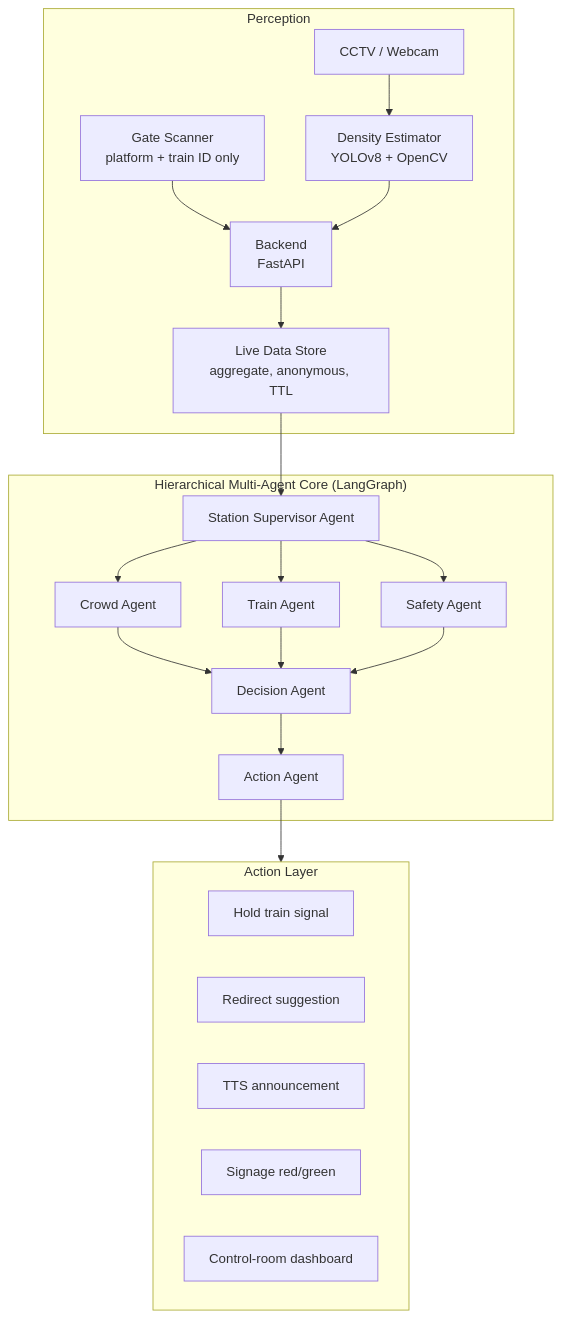
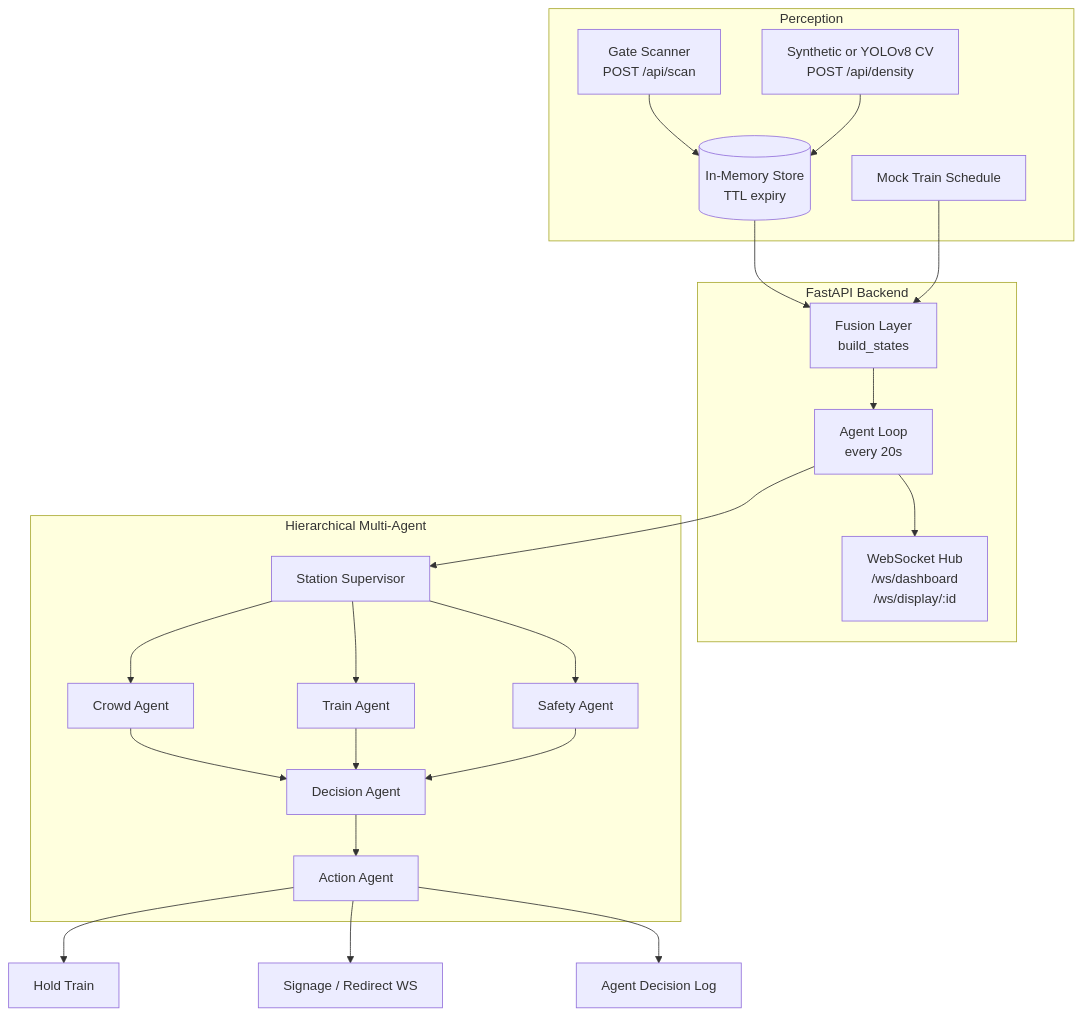
One commit to HarshdeepAthawale/Autonomous-Platform-Crowd-Balancing-Agent changed the diagram in readme.md. Above: the diagram before and after it, drawn with Mermaid. The commit also changed other lines of this file and 2 other files, not shown here.

Commit message:
docs: add implementation architecture diagram to readme
Replace the conceptual mermaid diagram with an implementation-focused
flowchart (API routes, build_states, agent loop, WebSocket channels) and
align Tracker and Phase 3 docs with current test counts.

````diff
--- a/readme.md
+++ b/readme.md
@@ -62,27 +62,37 @@
 ```mermaid
-flowchart TD
+flowchart TB
     subgraph Perception
-        GS["Gate Scanner<br/>platform + train ID only"] --> BE["Backend<br/>FastAPI"]
-        CAM["CCTV / Webcam"] --> CV["Density Estimator<br/>YOLOv8 + OpenCV"]
-        CV --> BE
-        BE --> LDS["Live Data Store<br/>aggregate, anonymous, TTL"]
+        SCAN[Gate Scanner<br/>POST /api/scan]
+        CV[Synthetic or YOLOv8 CV<br/>POST /api/density]
+        SCAN --> STORE[(In-Memory Store<br/>TTL expiry)]
+        CV --> STORE
+        SCHED[Mock Train Schedule]
     end
-    LDS --> SUP["Station Supervisor Agent"]
-    subgraph Decision["Hierarchical Multi-Agent Core (LangGraph)"]
-        SUP --> CR["Crowd Agent"]
-        SUP --> TR["Train Agent"]
-        SUP --> SA["Safety Agent"]
-        CR --> DEC["Decision Agent"]
-        TR --> DEC
-        SA --> DEC
-        DEC --> AA["Action Agent"]
+
+    subgraph Backend["FastAPI Backend"]
+        FUSION[Fusion Layer<br/>build_states]
+        STORE --> FUSION
+        SCHED --> FUSION
+        WS[WebSocket Hub<br/>/ws/dashboard<br/>/ws/display/:id]
+        LOOP[Agent Loop<br/>every 20s]
+        FUSION --> LOOP
+        LOOP --> WS
     end
-    AA --> ACT
-    subgraph ACT["Action Layer"]
-        HOLD["Hold train signal"]
-        RED["Redirect suggestion"]
-        TTS["TTS announcement"]
-        SIGN["Signage red/green"]
-        DASH["Control-room dashboard"]
+
+    subgraph Agent["Hierarchical Multi-Agent"]
+        SUP[Station Supervisor]
+        C[Crowd Agent]
+        T[Train Agent]
+        S[Safety Agent]
+        D[Decision Agent]
+        A[Action Agent]
+        SUP --> C & T & S
+        C & T & S --> D
+        D --> A
     end
+
+    LOOP --> SUP
+    A --> HOLD[Hold Train]
+    A --> SIGN[Signage / Redirect WS]
+    A --> LOG[Agent Decision Log]
 ```
````
